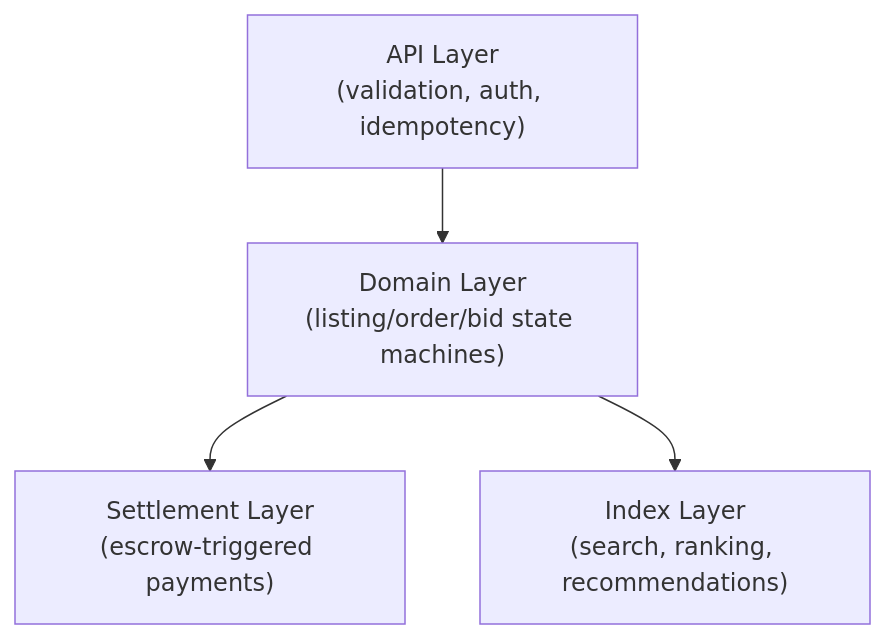
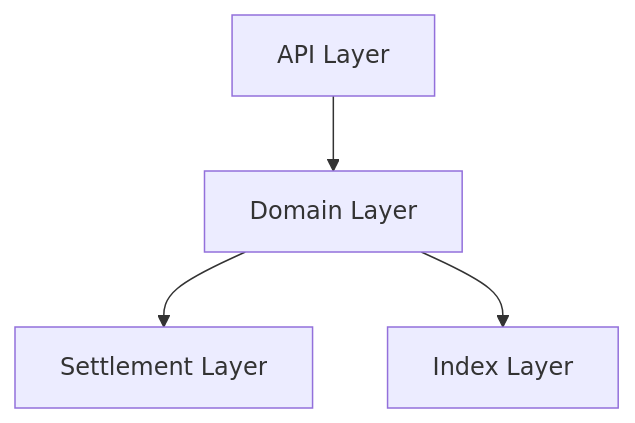
The first of 3 diagrams in packages/docs/content/docs/getting-started/core-concepts/markets-advanced.md (claw-network/clawnet), drawn with Mermaid before and after one commit. The commit also changed other lines of this file and 14 other files, not shown here.

First line of the commit message:
Refactor diagrams and improve clarity in DAO, Identity, Markets, Reputation, Service Contracts, and Wallet documentation

````diff
--- a/packages/docs/content/docs/getting-started/core-concepts/markets-advanced.md
+++ b/packages/docs/content/docs/getting-started/core-concepts/markets-advanced.md
@@ -14,6 +14,6 @@
 ```mermaid
 flowchart TB
-    A["API Layer\n(validation, auth, idempotency)"] --> B["Domain Layer\n(listing/order/bid state machines)"]
-    B --> C["Settlement Layer\n(escrow-triggered payments)"]
-    B --> D["Index Layer\n(search, ranking, recommendations)"]
+    A[API Layer] --> B[Domain Layer]
+    B --> C[Settlement Layer]
+    B --> D[Index Layer]
 ```
````
